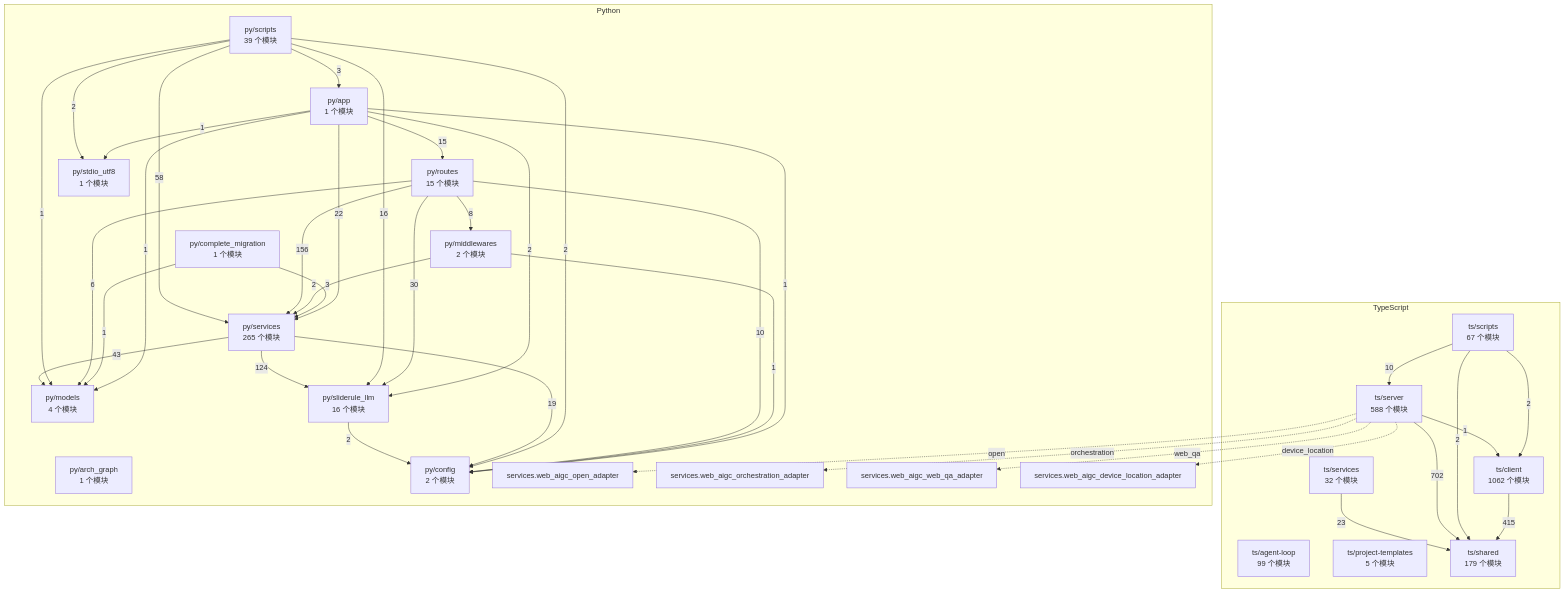
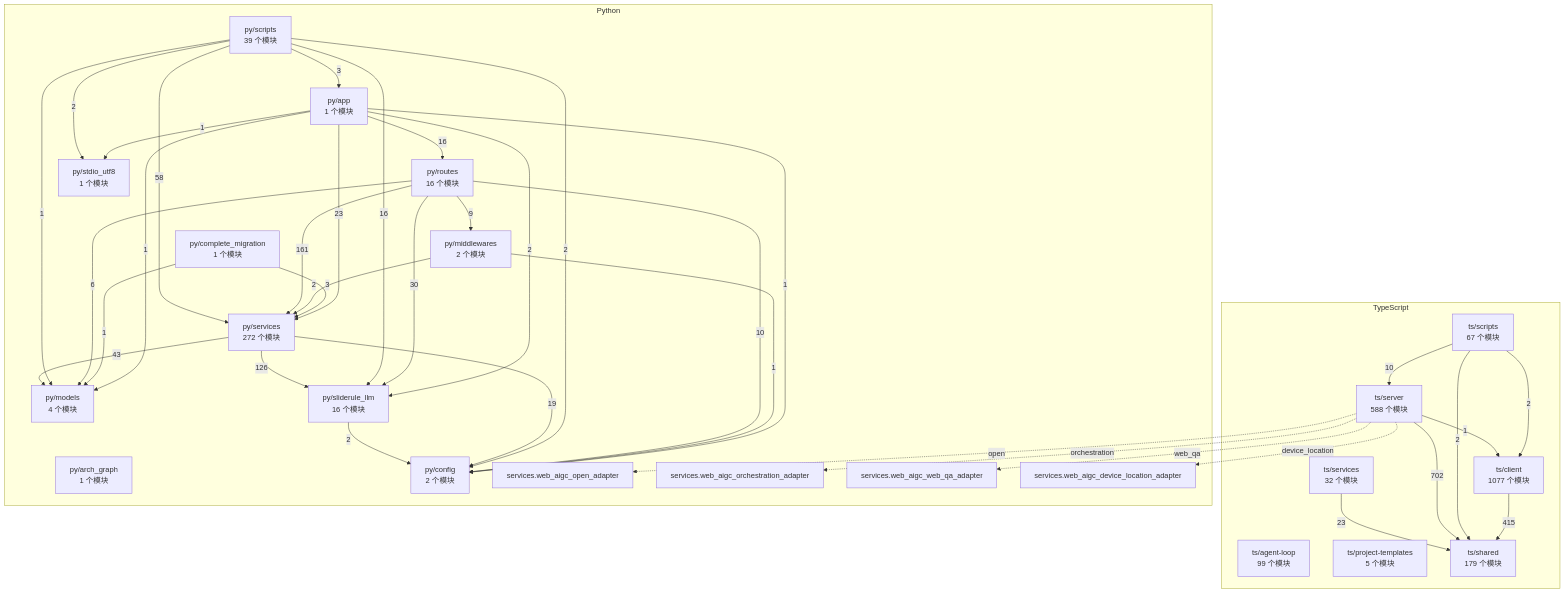
Before and after one commit to 2686521696/WhyBuddy: the diagram in docs/WhyBuddy 全仓架构图（自动生成）.md, drawn with Mermaid. The commit also changed 4 other files, not shown here.

First line of the commit message:
架构图：技能商店与办公产物进清单并重生成。

````diff
--- a/docs/WhyBuddy 全仓架构图（自动生成）.md
+++ b/docs/WhyBuddy 全仓架构图（自动生成）.md
@@ -14,65 +14,65 @@
 ```mermaid
 flowchart TB
   subgraph ts [TypeScript]
     ts_agent_loop["ts/agent-loop<br/>99 个模块"]
-    ts_client["ts/client<br/>1062 个模块"]
+    ts_client["ts/client<br/>1077 个模块"]
     ts_project_templates["ts/project-templates<br/>5 个模块"]
     ts_scripts["ts/scripts<br/>67 个模块"]
     ts_server["ts/server<br/>588 个模块"]
     ts_services["ts/services<br/>32 个模块"]
     ts_shared["ts/shared<br/>179 个模块"]
   end
   subgraph py [Python]
     py_app["py/app<br/>1 个模块"]
     py_arch_graph["py/arch_graph<br/>1 个模块"]
     py_complete_migration["py/complete_migration<br/>1 个模块"]
     py_config["py/config<br/>2 个模块"]
     py_middlewares["py/middlewares<br/>2 个模块"]
     py_models["py/models<br/>4 个模块"]
-    py_routes["py/routes<br/>15 个模块"]
+    py_routes["py/routes<br/>16 个模块"]
     py_scripts["py/scripts<br/>39 个模块"]
-    py_services["py/services<br/>265 个模块"]
+    py_services["py/services<br/>272 个模块"]
     py_sliderule_llm["py/sliderule_llm<br/>16 个模块"]
     py_stdio_utf8["py/stdio_utf8<br/>1 个模块"]
     py_services_web_aigc_open_adapter["services.web_aigc_open_adapter"]
     py_services_web_aigc_orchestration_adapter["services.web_aigc_orchestration_adapter"]
     py_services_web_aigc_web_qa_adapter["services.web_aigc_web_qa_adapter"]
     py_services_web_aigc_device_location_adapter["services.web_aigc_device_location_adapter"]
   end
   ts_client -->|415| ts_shared
   ts_scripts -->|2| ts_client
   ts_scripts -->|10| ts_server
   ts_scripts -->|2| ts_shared
   ts_server -->|1| ts_client
   ts_server -->|702| ts_shared
   ts_services -->|23| ts_shared
   py_app -->|1| py_config
   py_app -->|1| py_models
-  py_app -->|15| py_routes
-  py_app -->|22| py_services
+  py_app -->|16| py_routes
+  py_app -->|23| py_services
   py_app -->|2| py_sliderule_llm
   py_app -->|1| py_stdio_utf8
   py_complete_migration -->|1| py_models
   py_complete_migration -->|3| py_services
   py_middlewares -->|1| py_config
   py_middlewares -->|2| py_services
   py_routes -->|10| py_config
-  py_routes -->|8| py_middlewares
+  py_routes -->|9| py_middlewares
   py_routes -->|6| py_models
-  py_routes -->|156| py_services
+  py_routes -->|161| py_services
   py_routes -->|30| py_sliderule_llm
   py_scripts -->|3| py_app
   py_scripts -->|2| py_config
   py_scripts -->|1| py_models
   py_scripts -->|58| py_services
   py_scripts -->|16| py_sliderule_llm
   py_scripts -->|2| py_stdio_utf8
   py_services -->|19| py_config
   py_services -->|43| py_models
-  py_services -->|124| py_sliderule_llm
+  py_services -->|126| py_sliderule_llm
   py_sliderule_llm -->|2| py_config
   ts_server -.->|open| py_services_web_aigc_open_adapter
   ts_server -.->|orchestration| py_services_web_aigc_orchestration_adapter
   ts_server -.->|web_qa| py_services_web_aigc_web_qa_adapter
   ts_server -.->|device_location| py_services_web_aigc_device_location_adapter
 ```
````
